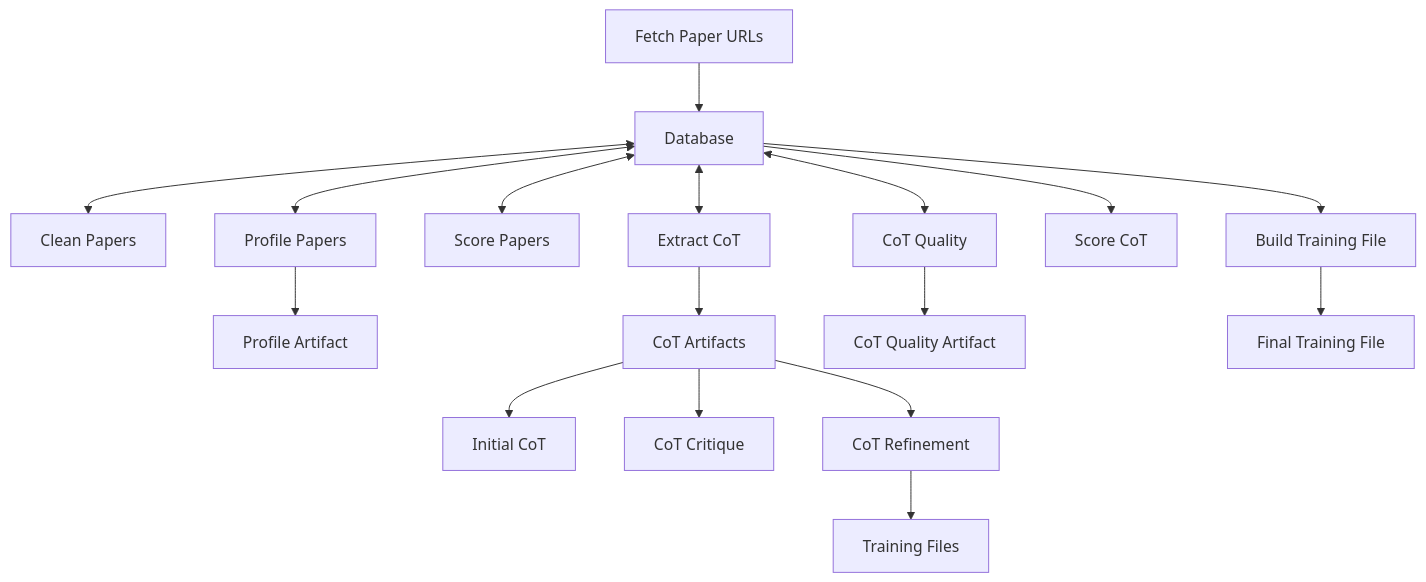
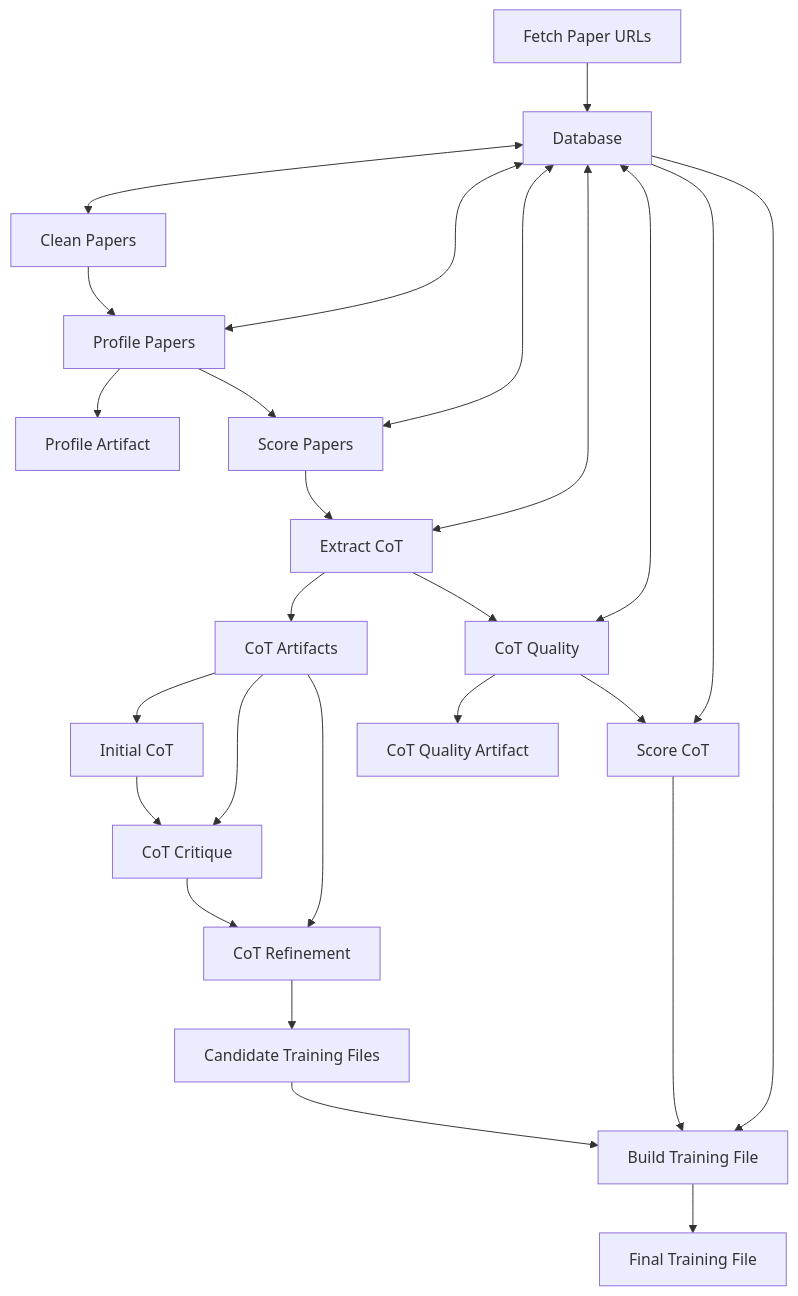
The diagram in misc/pipeline-diagram.mmd (thehunmonkgroup/raspberry-paper-to-cot-pipeline), drawn with Mermaid before and after one commit. The commit also changed 1 other file, not shown here.

Commit message:
enhance diagram

```diff
--- a/misc/pipeline-diagram.mmd
+++ b/misc/pipeline-diagram.mmd
@@ -1,17 +1,26 @@
 flowchart TD
     A[Fetch Paper URLs] --> B[Database]
     B <--> D[Clean Papers]
     B <--> E[Profile Papers]
     B <--> F[Score Papers]
     B <--> G[Extract CoT]
     B <--> H[CoT Quality]
     B --> I[Score CoT]
     B --> J[Build Training File]
     E --> K[Profile Artifact]
     G --> L[CoT Artifacts]
     H --> M[CoT Quality Artifact]
     J --> N[Final Training File]
     L --> O[Initial CoT]
     L --> P[CoT Critique]
     L --> Q[CoT Refinement]
-    Q --> R[Training Files]
+    Q --> R[Candidate Training Files]
+    R --> J
+    D --> E
+    E --> F
+    F --> G
+    G --> H
+    H --> I
+    I --> J
+    O --> P
+    P --> Q
```
